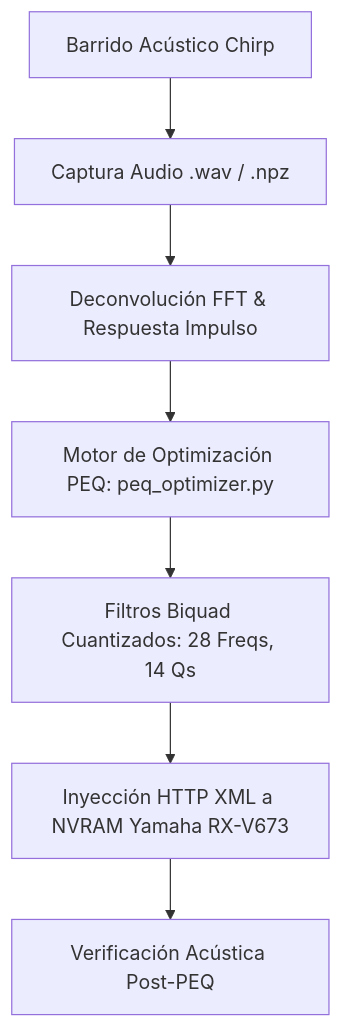
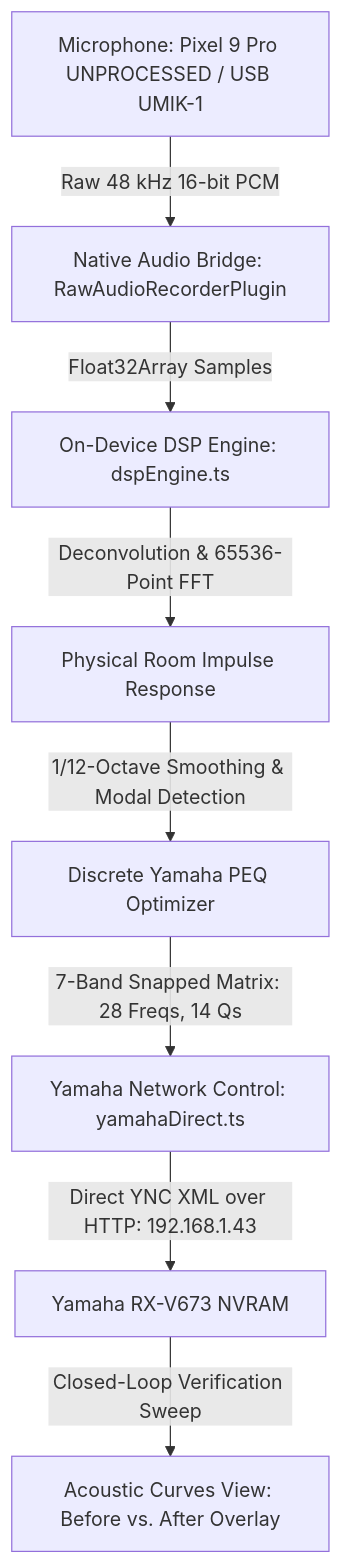
Before and after one commit to sergiomh499/room-speaker-calibration: the diagram in openwiki/architecture/overview.md, drawn with Mermaid. The commit also changed other lines of this file and 7 other files, not shown here.

Commit message:
docs(openwiki): update repository architecture and quickstart guide for standalone android calibration

````diff
--- a/openwiki/architecture/overview.md
+++ b/openwiki/architecture/overview.md
@@ -14,9 +25,10 @@
 ```mermaid
 graph TD
-    A[Barrido Acústico Chirp] --> B[Captura Audio .wav / .npz]
-    B --> C[Deconvolución FFT & Respuesta Impulso]
-    C --> D[Motor de Optimización PEQ: peq_optimizer.py]
-    D --> E[Filtros Biquad Cuantizados: 28 Freqs, 14 Qs]
-    E --> F[Inyección HTTP XML a NVRAM Yamaha RX-V673]
-    F --> G[Verificación Acústica Post-PEQ]
+    A[Microphone: Pixel 9 Pro UNPROCESSED / USB UMIK-1] -->|Raw 48 kHz 16-bit PCM| B[Native Audio Bridge: RawAudioRecorderPlugin]
+    B -->|Float32Array Samples| C[On-Device DSP Engine: dspEngine.ts]
+    C -->|Deconvolution & 65536-Point FFT| D[Physical Room Impulse Response]
+    D -->|1/12-Octave Smoothing & Modal Detection| E[Discrete Yamaha PEQ Optimizer]
+    E -->|7-Band Snapped Matrix: 28 Freqs, 14 Qs| F[Yamaha Network Control: yamahaDirect.ts]
+    F -->|Direct YNC XML over HTTP: 192.168.1.43| G[Yamaha RX-V673 NVRAM]
+    G -->|Closed-Loop Verification Sweep| H[Acoustic Curves View: Before vs. After Overlay]
 ```
````
